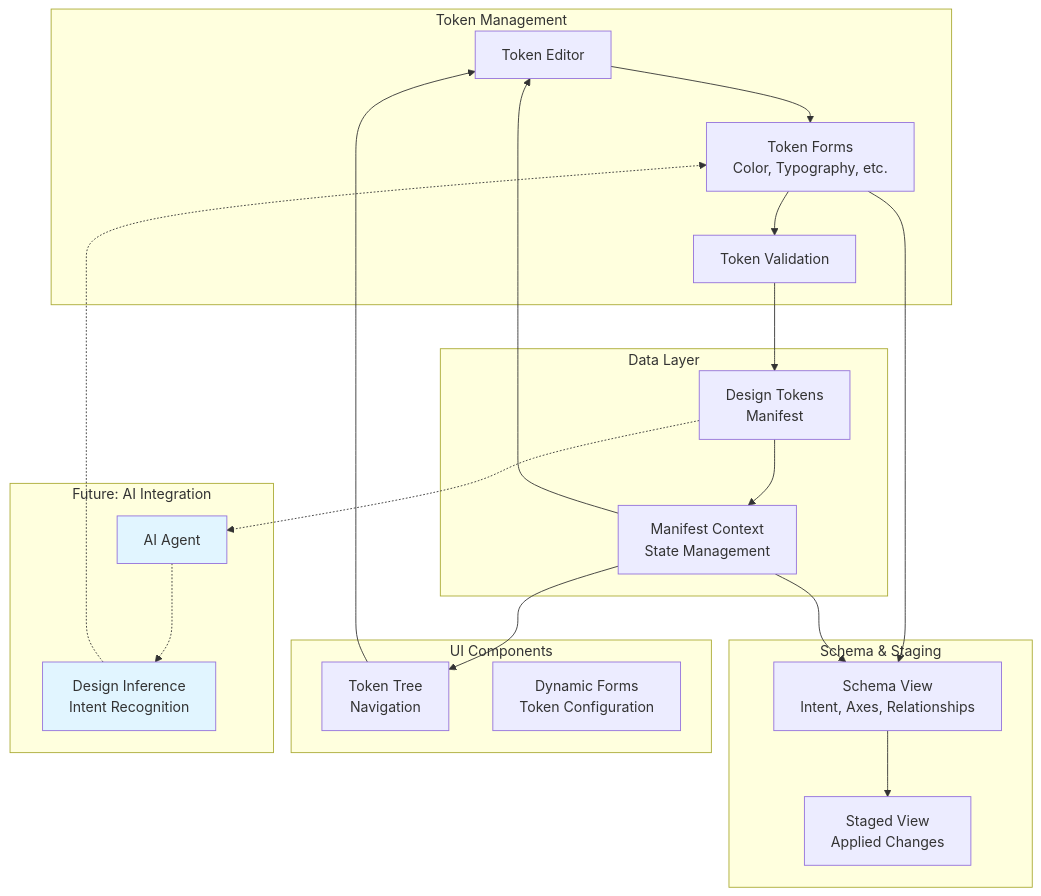
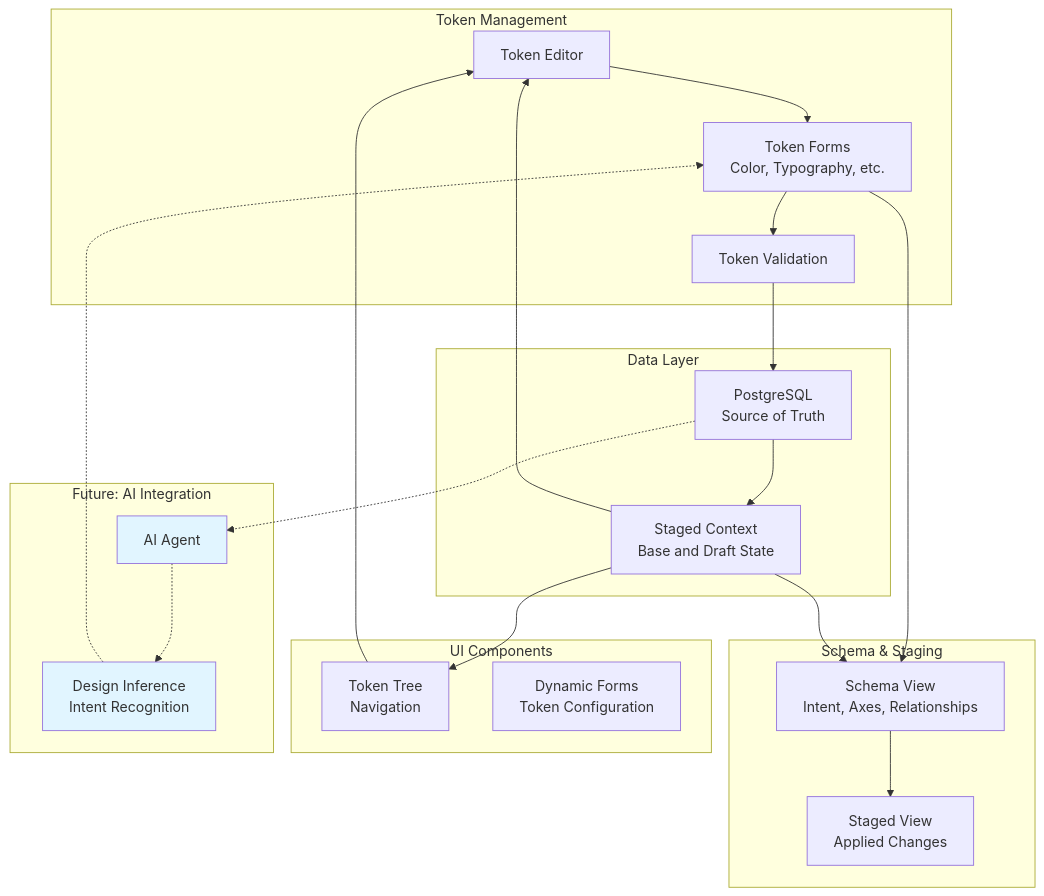
The diagram in apps/workbench/README.md (JinKim1011/dso), drawn with Mermaid before and after one commit. The commit also changed other lines of this file, not shown here.

Commit message:
docs(readme): update Staged View and persistence details for PostgreSQL integration

````diff
--- a/apps/workbench/README.md
+++ b/apps/workbench/README.md
@@ -114,46 +119,46 @@
 ```mermaid
 graph TB
   subgraph "Token Management"
     TM["Token Editor"]
     TF["Token Forms<br/>Color, Typography, etc."]
     TV["Token Validation"]
   end
 
   subgraph "Schema & Staging"
     Schema["Schema View<br/>Intent, Axes, Relationships"]
     Staged["Staged View<br/>Applied Changes"]
   end
 
   subgraph "Data Layer"
-    Manifest["Design Tokens<br/>Manifest"]
-    Context["Manifest Context<br/>State Management"]
+    Database["PostgreSQL<br/>Source of Truth"]
+    Context["Staged Context<br/>Base and Draft State"]
   end
 
   subgraph "UI Components"
     Tree["Token Tree<br/>Navigation"]
     Form["Dynamic Forms<br/>Token Configuration"]
   end
 
   subgraph "Future: AI Integration"
     AIAgent["AI Agent"]
     Inference["Design Inference<br/>Intent Recognition"]
   end
 
   TM --> TF
   TF --> TV
   TF --> Schema
-  TV --> Manifest
-  Manifest --> Context
+  TV --> Database
+  Database --> Context
   Context --> TM
   Context --> Schema
   Context --> Tree
   Tree --> TM
   Schema --> Staged
 
-  Manifest -.-> AIAgent
+  Database -.-> AIAgent
   AIAgent -.-> Inference
   Inference -.-> TF
 
   style AIAgent fill:#e1f5ff
   style Inference fill:#e1f5ff
 ```
````
